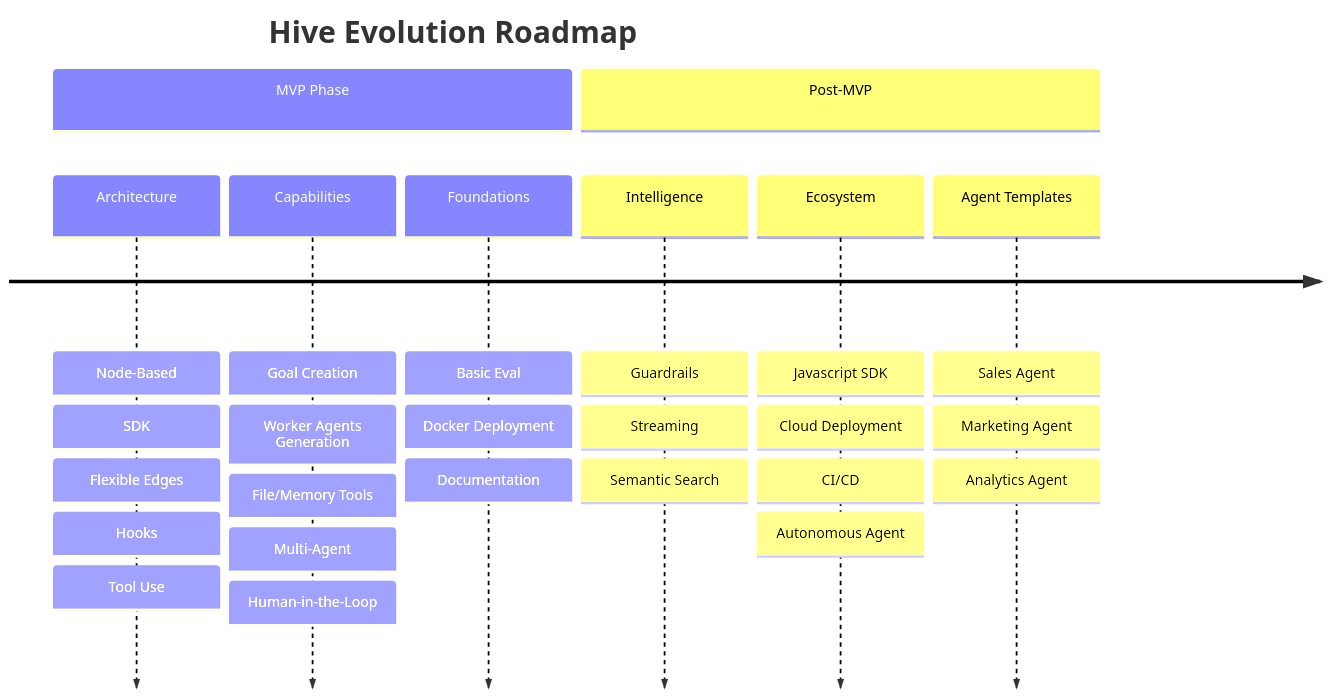
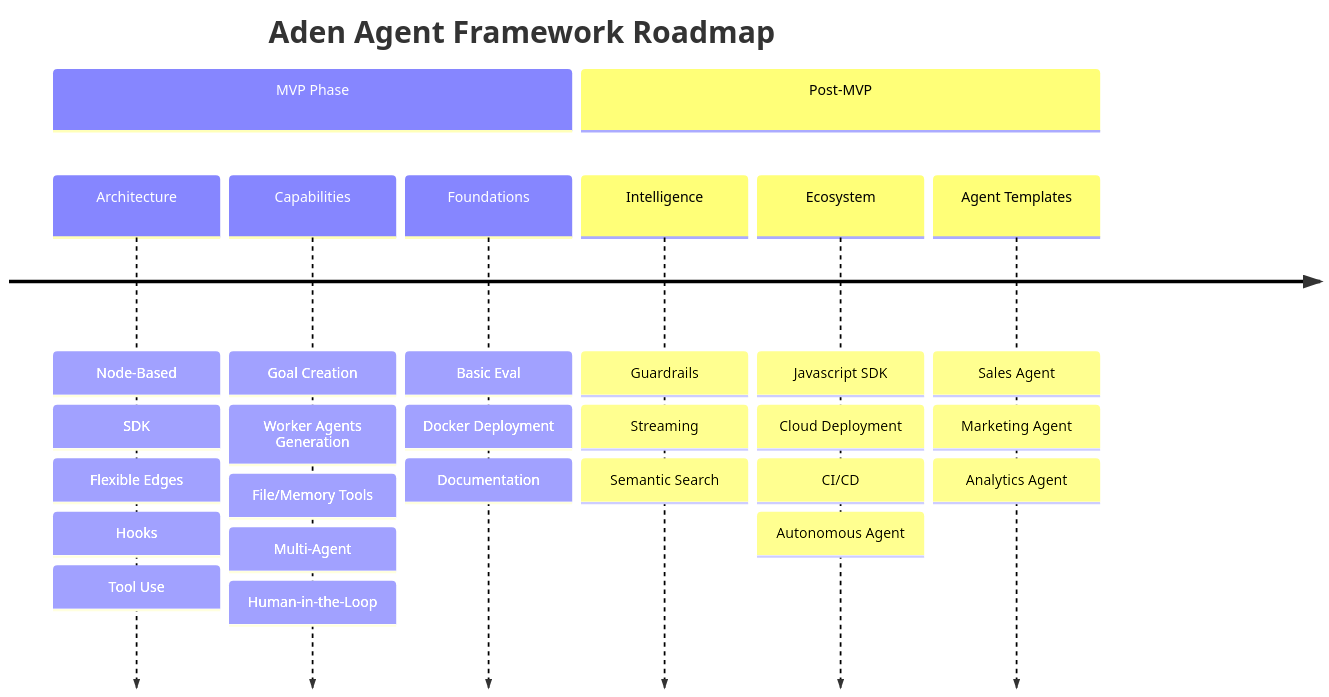
One commit to nk10nikhil/hive-spm-clone changed the diagram in ROADMAP.md. Above: the diagram before and after it, drawn with Mermaid. The commit also changed other lines of this file, not shown here.

Commit message:
chore: update roadmap

````diff
--- a/ROADMAP.md
+++ b/ROADMAP.md
@@ -5,12 +5,12 @@
 ```mermaid
 timeline
-    title Hive Evolution Roadmap
+    title Aden Agent Framework Roadmap
     section MVP Phase
         Architecture : Node-Based : SDK : Flexible Edges : Hooks : Tool Use
         Capabilities : Goal Creation : Worker Agents Generation: File/Memory Tools : Multi-Agent : Human-in-the-Loop
         Foundations : Basic Eval : Docker Deployment : Documentation
     section Post-MVP
         Intelligence : Guardrails : Streaming : Semantic Search
         Ecosystem : Javascript SDK : Cloud Deployment : CI/CD : Autonomous Agent
         Agent Templates : Sales Agent : Marketing Agent : Analytics Agent
 ```
````
